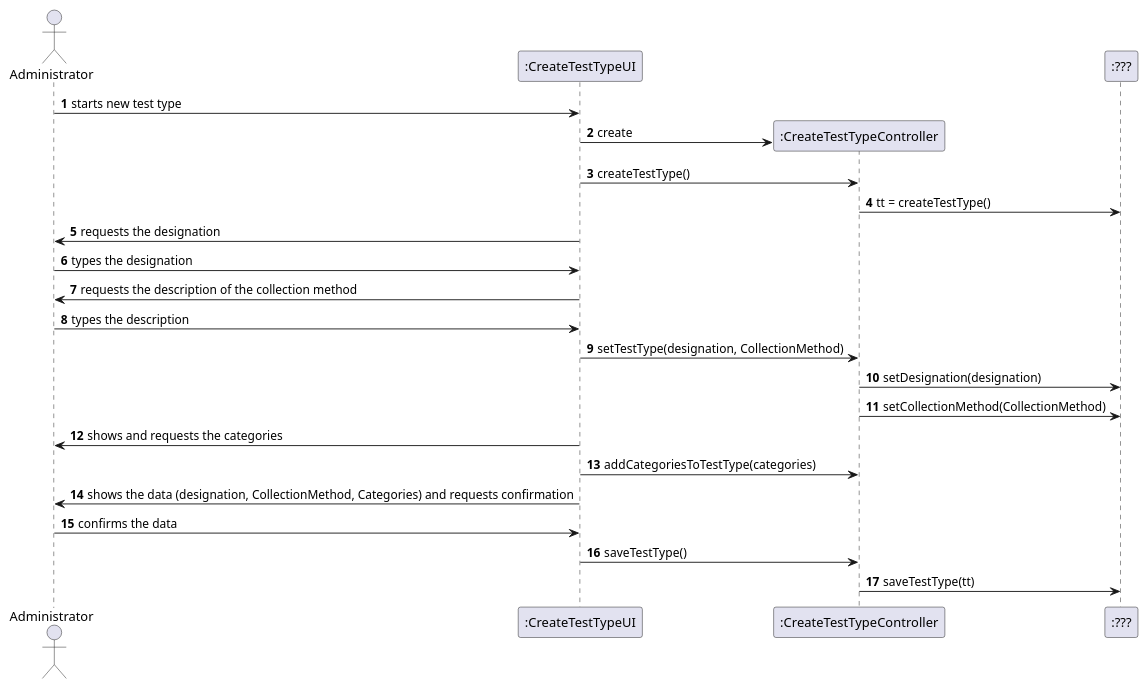
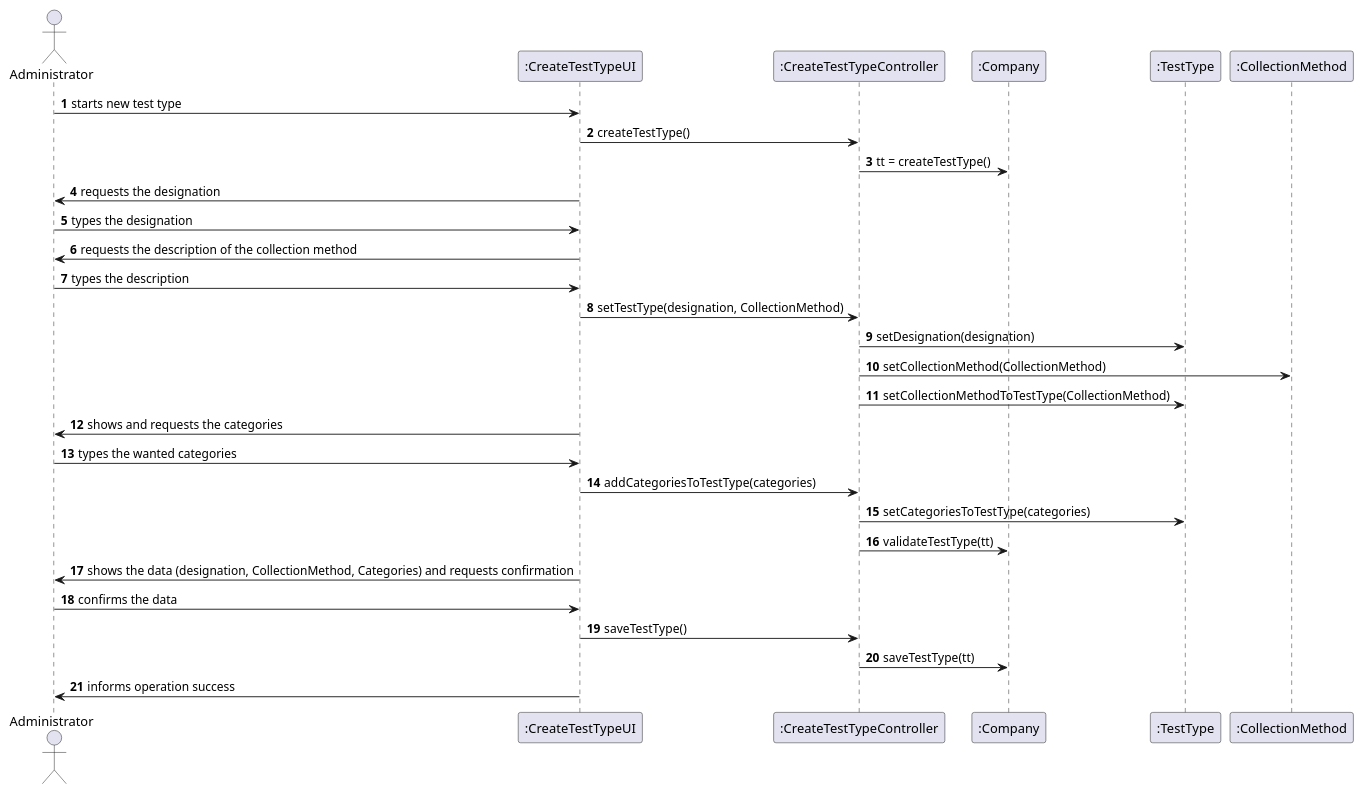
Before and after one commit to MadDinosaur/ISEP-LAPR2: the diagram in docs/SprintB/US9/US9_SD.puml, drawn with PlantUML. The commit also changed 4 other files, not shown here.

Commit message:
Made some changes to the sequence diagram. Added more stuff to the requirements file. Created the class diagram.

```diff
--- a/docs/SprintB/US9/US9_SD.puml
+++ b/docs/SprintB/US9/US9_SD.puml
@@ -1,36 +1,37 @@
 @startuml
 
 
 autonumber
 
 actor Administrator
 
 Administrator -> ":CreateTestTypeUI": starts new test type
-create ":CreateTestTypeController"
-":CreateTestTypeUI" -> ":CreateTestTypeController": create
 ":CreateTestTypeUI" -> ":CreateTestTypeController": createTestType()
-":CreateTestTypeController" -> ":???": tt = createTestType()
+":CreateTestTypeController" -> ":Company": tt = createTestType()
 
 ":CreateTestTypeUI" -> Administrator: requests the designation
 Administrator -> ":CreateTestTypeUI": types the designation
 ":CreateTestTypeUI" -> Administrator: requests the description of the collection method
 Administrator -> ":CreateTestTypeUI": types the description
 
 ":CreateTestTypeUI" -> ":CreateTestTypeController": setTestType(designation, CollectionMethod)
-":CreateTestTypeController" -> ":???": setDesignation(designation)
-":CreateTestTypeController" -> ":???": setCollectionMethod(CollectionMethod)
+":CreateTestTypeController" -> ":TestType": setDesignation(designation)
+":CreateTestTypeController" -> ":CollectionMethod": setCollectionMethod(CollectionMethod)
+":CreateTestTypeController" -> ":TestType": setCollectionMethodToTestType(CollectionMethod)
 
 ":CreateTestTypeUI" -> Administrator: shows and requests the categories
+Administrator -> ":CreateTestTypeUI": types the wanted categories
 
 ":CreateTestTypeUI" -> ":CreateTestTypeController": addCategoriesToTestType(categories)
-
+":CreateTestTypeController" -> ":TestType": setCategoriesToTestType(categories)
+":CreateTestTypeController" -> ":Company": validateTestType(tt)
 ":CreateTestTypeUI" -> Administrator: shows the data (designation, CollectionMethod, Categories) and requests confirmation
 Administrator -> ":CreateTestTypeUI": confirms the data
 ":CreateTestTypeUI" -> ":CreateTestTypeController": saveTestType()
-":CreateTestTypeController" -> ":???": saveTestType(tt)
+":CreateTestTypeController" -> ":Company": saveTestType(tt)
 
-
+":CreateTestTypeUI" -> Administrator: informs operation success
 
 
 
 @enduml
```
